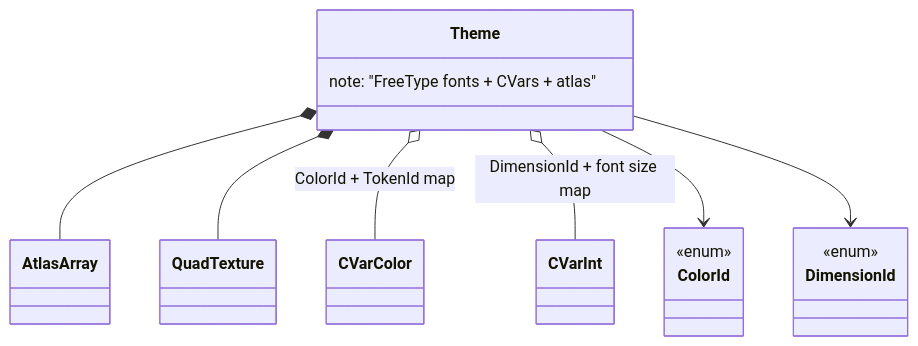
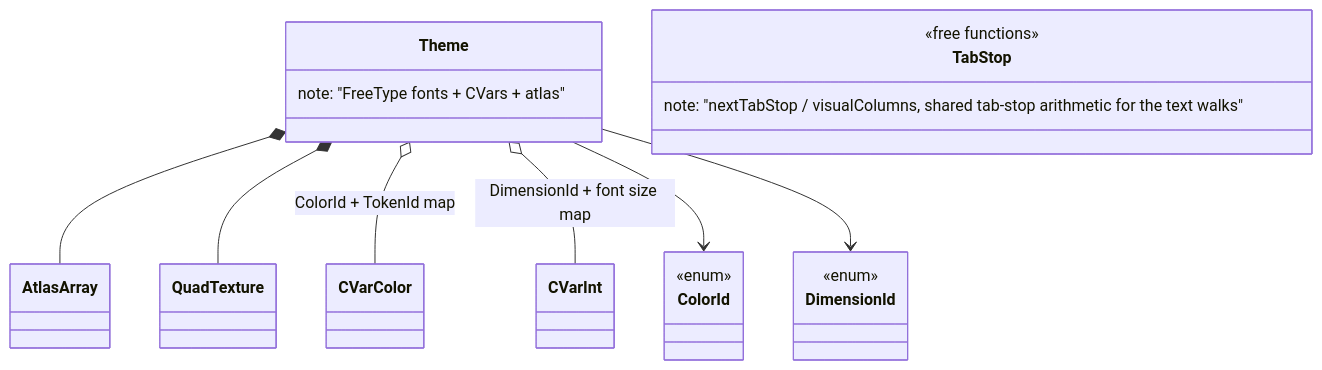
One commit to notnotme/bbloc changed the seventh of 10 diagrams in docs/class_diagram.md. Above: the diagram before and after it, drawn with Mermaid. The commit also changed other lines of this file and 10 other files, not shown here.

````diff
--- a/docs/class_diagram.md
+++ b/docs/class_diagram.md
@@ -202,23 +202,27 @@
 ```mermaid
 classDiagram
     class Theme {
         note: "FreeType fonts + CVars + atlas"
+    }
+    class TabStop {
+        <<free functions>>
+        note: "nextTabStop / visualColumns, shared tab-stop arithmetic for the text walks"
     }
     class ColorId {
         <<enum>>
     }
     class DimensionId {
         <<enum>>
     }
     class AtlasArray
     class QuadTexture
     class CVarColor
     class CVarInt
 
     Theme *-- AtlasArray
     Theme *-- QuadTexture
     Theme o-- CVarColor : ColorId + TokenId map
     Theme o-- CVarInt : DimensionId + font size map
     Theme --> ColorId
     Theme --> DimensionId
 ```
````
